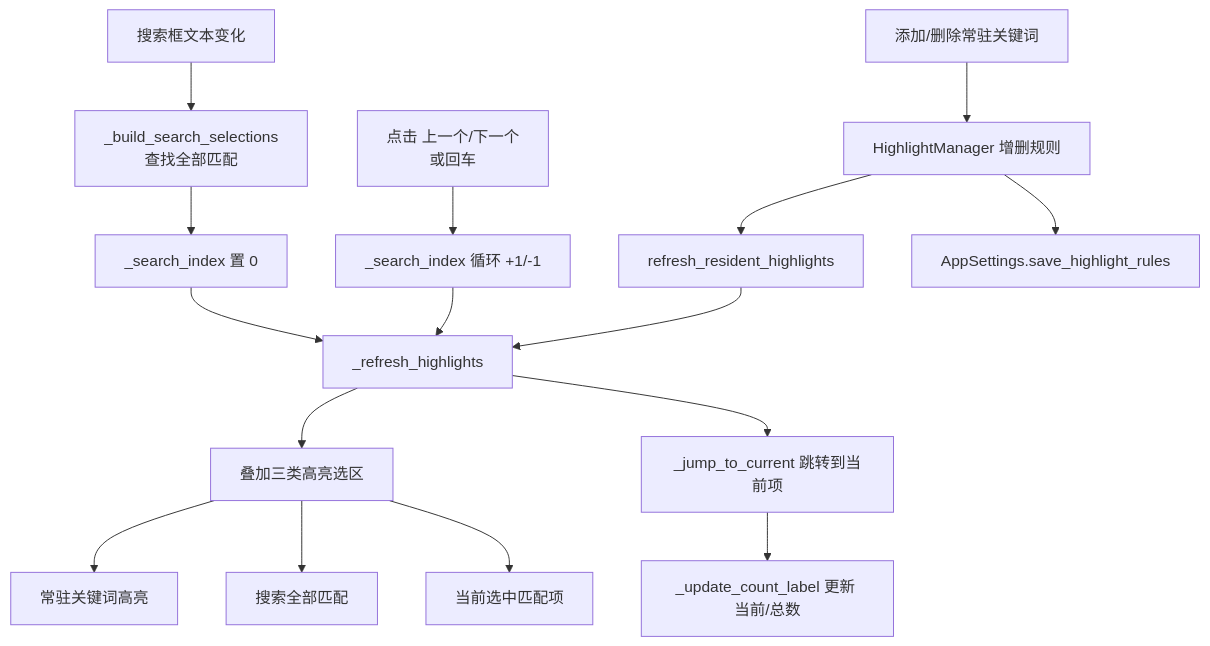
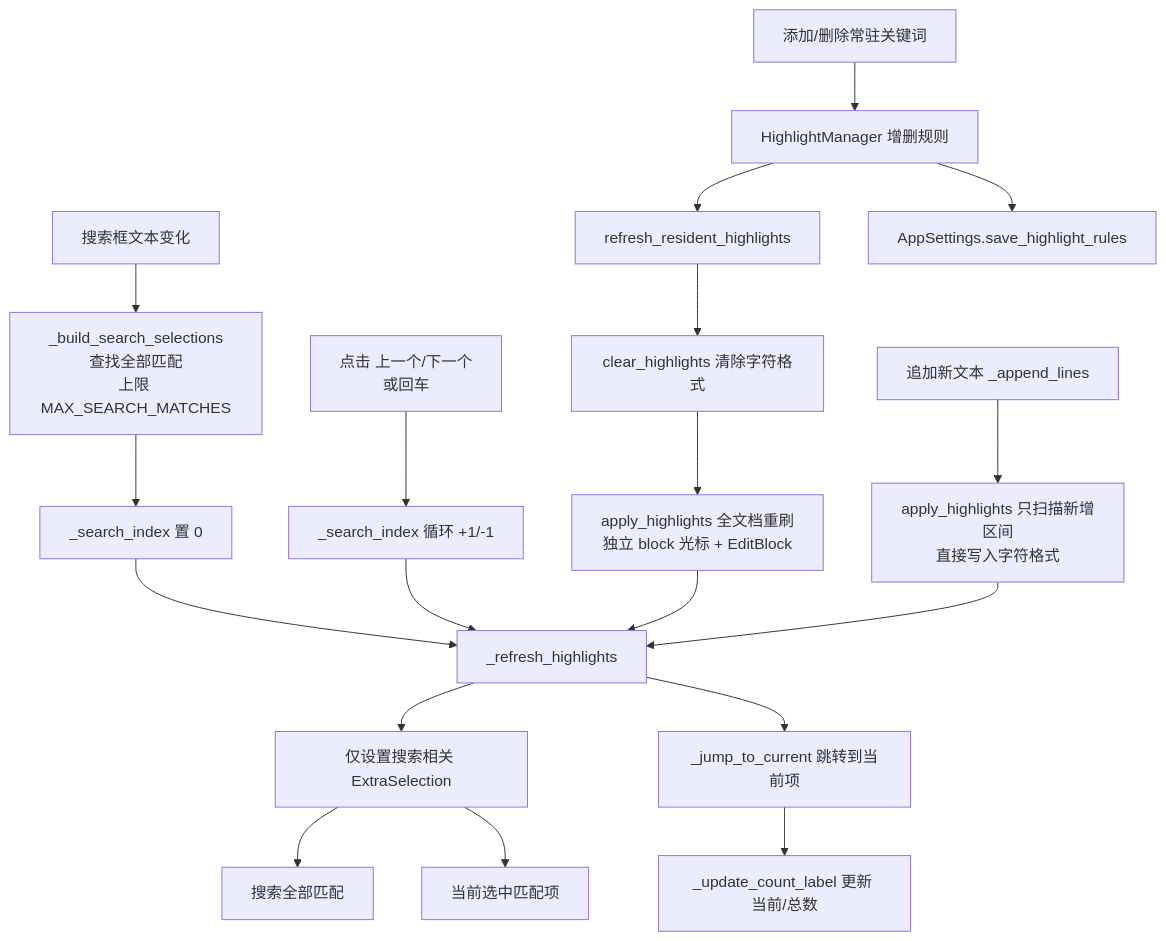
One commit to wengxianjian/uart_tool_XWeng changed the fifth of 6 diagrams in FLOWCHART.md. Above: the diagram before and after it, drawn with Mermaid. The commit also changed other lines of this file and 8 other files, not shown here.

````diff
--- a/FLOWCHART.md
+++ b/FLOWCHART.md
@@ -107,20 +108,24 @@
 ```mermaid
 flowchart TD
-    A[搜索框文本变化] --> B[_build_search_selections<br/>查找全部匹配]
+    A[搜索框文本变化] --> B[_build_search_selections<br/>查找全部匹配<br/>上限 MAX_SEARCH_MATCHES]
     B --> C[_search_index 置 0]
     C --> D[_refresh_highlights]
-    D --> E[叠加三类高亮选区]
-    E --> E1[常驻关键词高亮]
-    E --> E2[搜索全部匹配]
-    E --> E3[当前选中匹配项]
+    D --> E[仅设置搜索相关 ExtraSelection]
+    E --> E1[搜索全部匹配]
+    E --> E2[当前选中匹配项]
     D --> F[_jump_to_current 跳转到当前项]
     F --> G[_update_count_label 更新 当前/总数]
 
     H[点击 上一个/下一个<br/>或回车] --> I[_search_index 循环 +1/-1]
     I --> D
 
     J[添加/删除常驻关键词] --> K[HighlightManager 增删规则]
     K --> L[refresh_resident_highlights]
-    L --> D
+    L --> L1[clear_highlights 清除字符格式]
+    L1 --> L2[apply_highlights 全文档重刷<br/>独立 block 光标 + EditBlock]
+    L2 --> D
     K --> M[AppSettings.save_highlight_rules]
+
+    N[追加新文本 _append_lines] --> O[apply_highlights 只扫描新增区间<br/>直接写入字符格式]
+    O --> D
 ```
````
